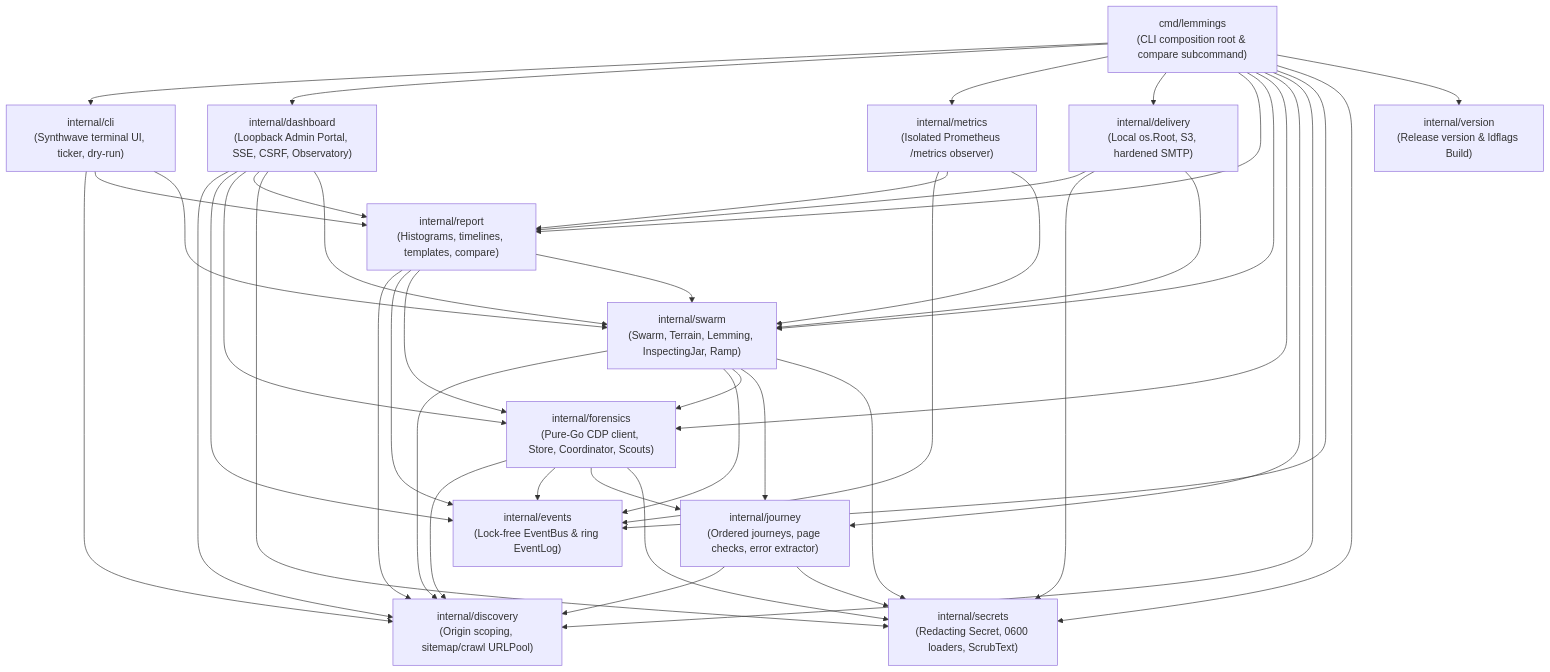
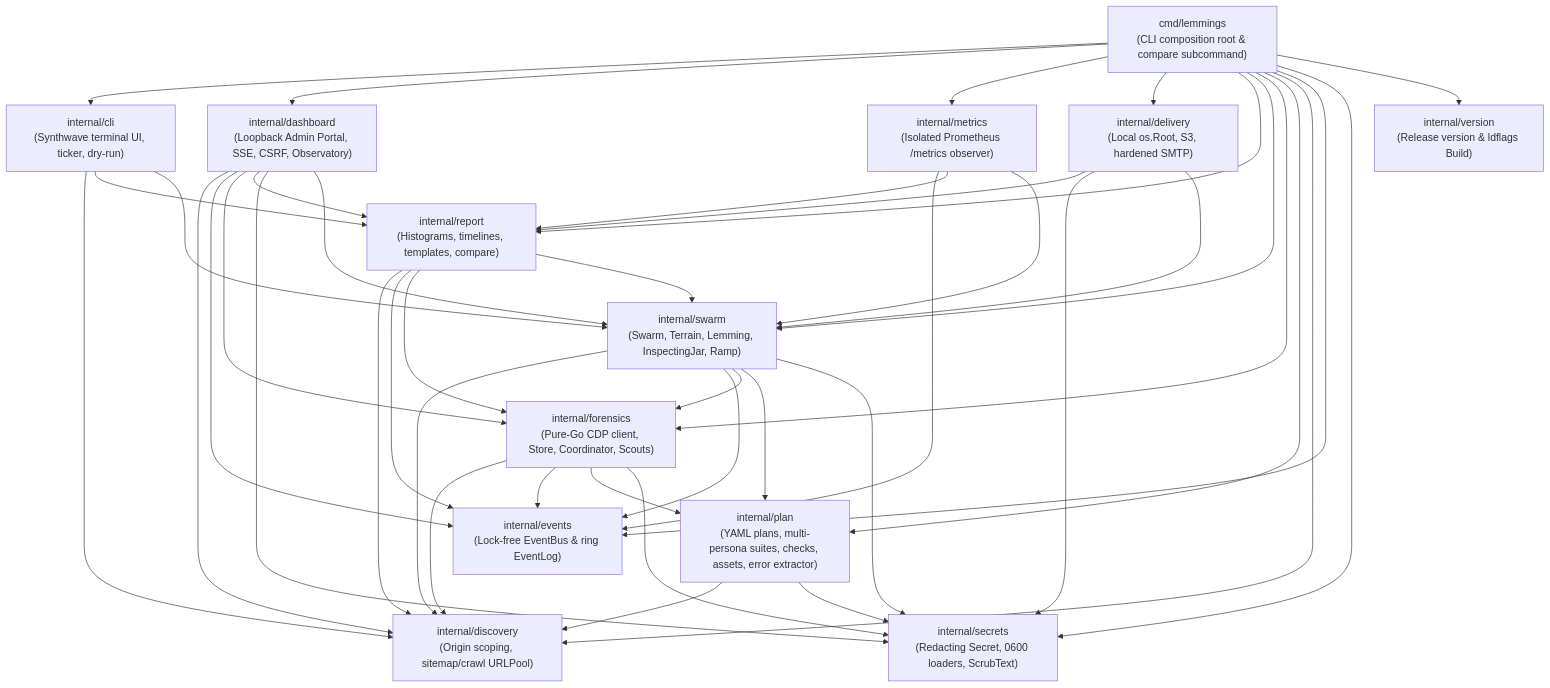
The first of 2 diagrams in docs/architecture.md (andreimerlescu/lemmings), drawn with Mermaid before and after one commit. The commit also changed other lines of this file and 64 other files, not shown here.

````diff
--- a/docs/architecture.md
+++ b/docs/architecture.md
@@ -9,27 +9,27 @@
 ```mermaid
 flowchart TD
     CMD["cmd/lemmings<br/>(CLI composition root & compare subcommand)"]
 
     CLI["internal/cli<br/>(Synthwave terminal UI, ticker, dry-run)"]
     DASH["internal/dashboard<br/>(Loopback Admin Portal, SSE, CSRF, Observatory)"]
     MET["internal/metrics<br/>(Isolated Prometheus /metrics observer)"]
     DEL["internal/delivery<br/>(Local os.Root, S3, hardened SMTP)"]
     REP["internal/report<br/>(Histograms, timelines, templates, compare)"]
     SWARM["internal/swarm<br/>(Swarm, Terrain, Lemming, InspectingJar, Ramp)"]
     FOR["internal/forensics<br/>(Pure-Go CDP client, Store, Coordinator, Scouts)"]
-    JRN["internal/journey<br/>(Ordered journeys, page checks, error extractor)"]
+    PLN["internal/plan<br/>(YAML plans, multi-persona suites, checks, assets, error extractor)"]
     DISC["internal/discovery<br/>(Origin scoping, sitemap/crawl URLPool)"]
     EVT["internal/events<br/>(Lock-free EventBus & ring EventLog)"]
     SEC["internal/secrets<br/>(Redacting Secret, 0600 loaders, ScrubText)"]
     VER["internal/version<br/>(Release version & ldflags Build)"]
 
-    CMD --> CLI & DASH & MET & DEL & REP & SWARM & FOR & JRN & DISC & EVT & SEC & VER
+    CMD --> CLI & DASH & MET & DEL & REP & SWARM & FOR & PLN & DISC & EVT & SEC & VER
     CLI --> DISC & REP & SWARM
     DASH --> DISC & EVT & FOR & REP & SEC & SWARM
     MET --> EVT & REP & SWARM
     DEL --> REP & SEC & SWARM
     REP --> DISC & EVT & FOR & SWARM
-    SWARM --> DISC & EVT & FOR & JRN & SEC
-    FOR --> DISC & EVT & JRN & SEC
-    JRN --> DISC & SEC
+    SWARM --> DISC & EVT & FOR & PLN & SEC
+    FOR --> DISC & EVT & PLN & SEC
+    PLN --> DISC & SEC
 ```
````
